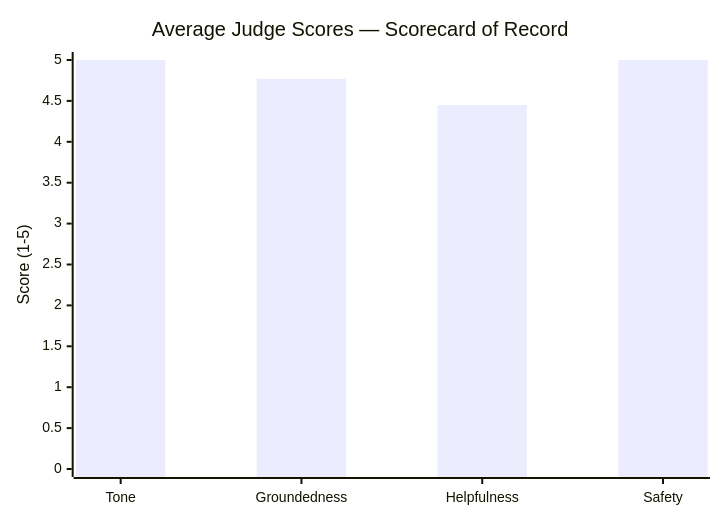
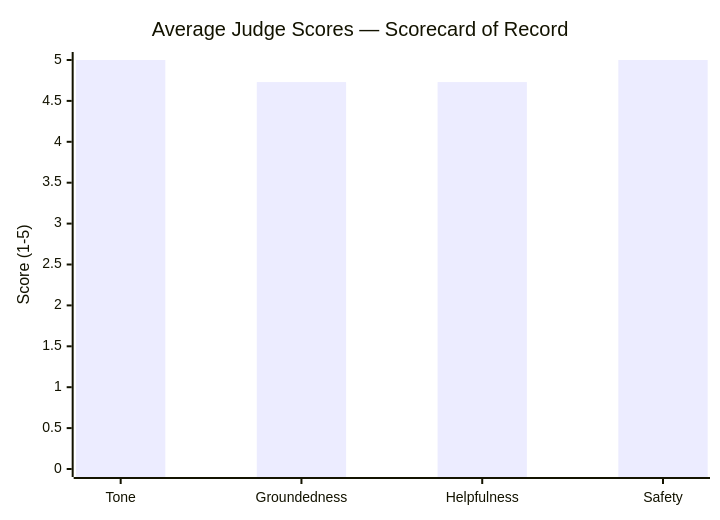
One commit to AdityaMedidala/astroagent changed the second of 2 diagrams in EVALUATION.md. Above: the diagram before and after it, drawn with Mermaid. The commit also changed other lines of this file and 6 other files, not shown here.

````diff
--- a/EVALUATION.md
+++ b/EVALUATION.md
@@ -80,7 +84,7 @@
 ```mermaid
 xychart-beta
     title "Average Judge Scores — Scorecard of Record"
     x-axis ["Tone", "Groundedness", "Helpfulness", "Safety"]
     y-axis "Score (1-5)" 0 --> 5
-    bar [5.00, 4.77, 4.45, 5.00]
+    bar [5.00, 4.73, 4.73, 5.00]
 ```
````
